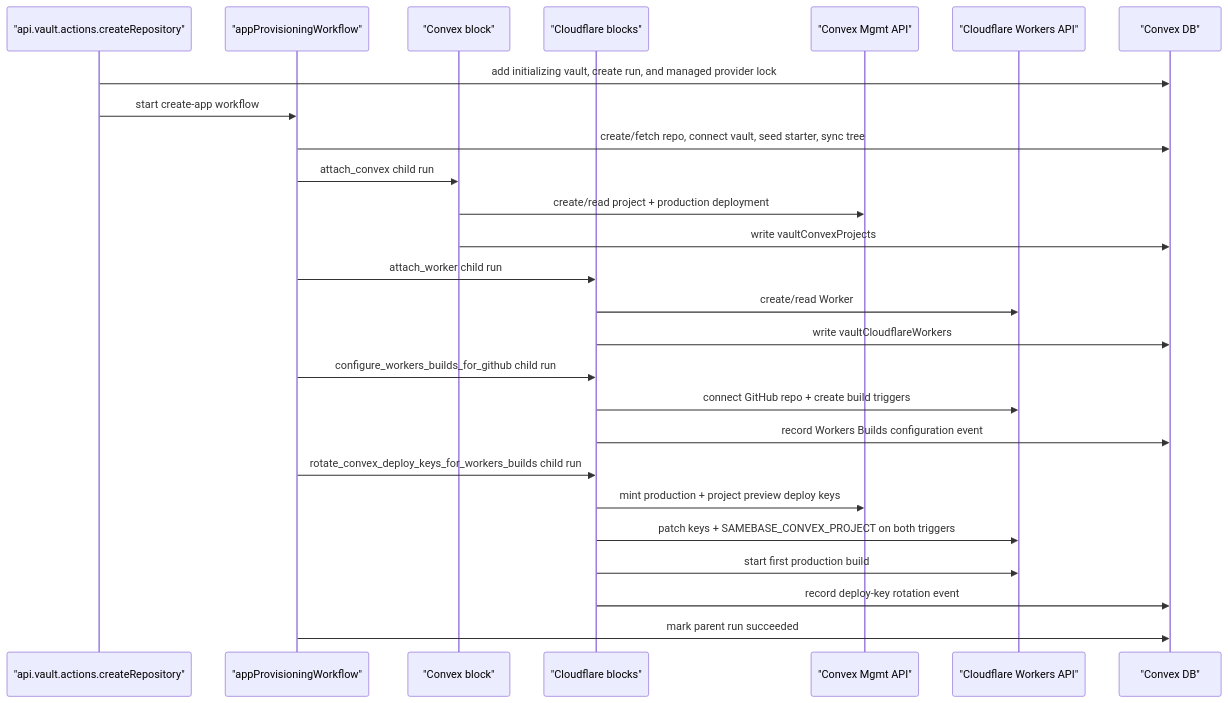
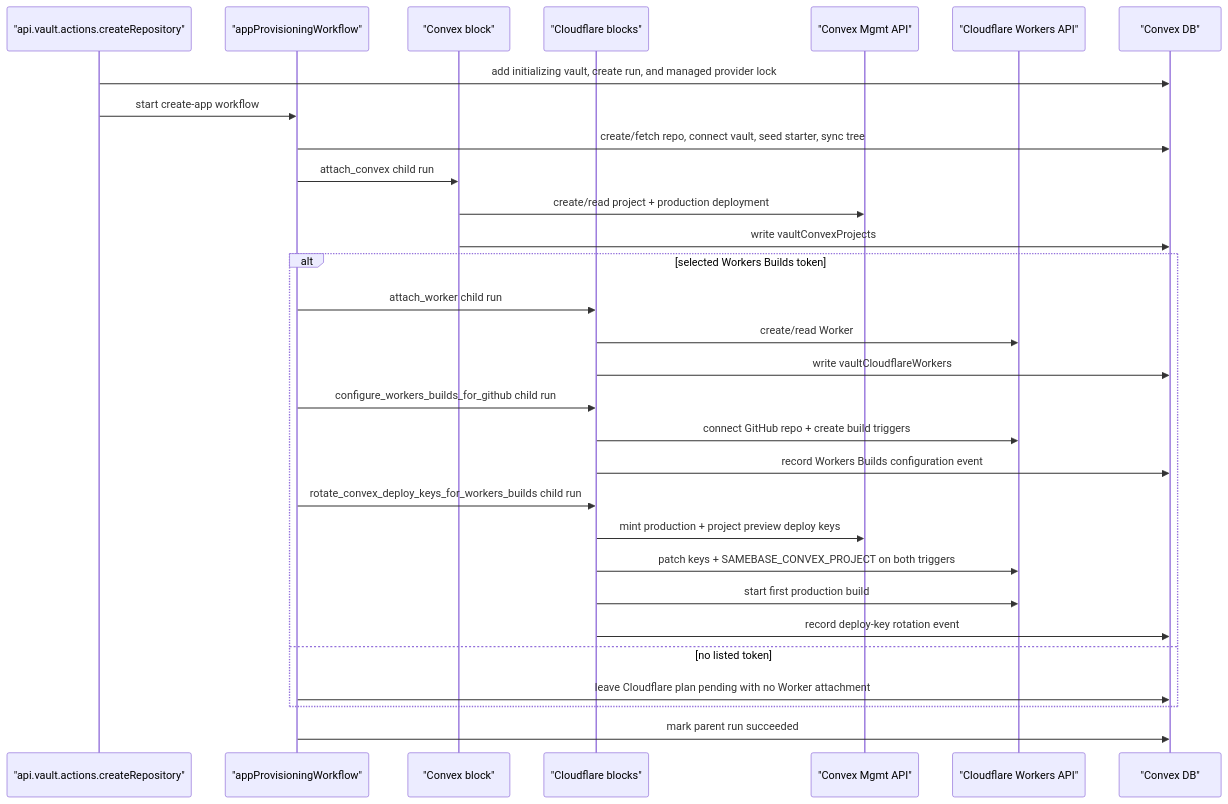
One commit to samebase/samebase changed the diagram in specs/003_VAULT_INFRA_PROVISIONING_SPEC.md. Above: the diagram before and after it, drawn with Mermaid. The commit also changed other lines of this file and 85 other files, not shown here.

First line of the commit message:
v1924: Let New App continue without a Builds token (#1476)

````diff
--- a/specs/003_VAULT_INFRA_PROVISIONING_SPEC.md
+++ b/specs/003_VAULT_INFRA_PROVISIONING_SPEC.md
@@ -391,29 +415,33 @@
 ```mermaid
 sequenceDiagram
   participant VA as "api.vault.actions.createRepository"
   participant WF as "appProvisioningWorkflow"
   participant CVXB as "Convex block"
   participant CFB as "Cloudflare blocks"
   participant CVX as "Convex Mgmt API"
   participant CFL as "Cloudflare Workers API"
   participant DB as "Convex DB"
 
   VA->>DB: add initializing vault, create run, and managed provider lock
   VA->>WF: start create-app workflow
   WF->>DB: create/fetch repo, connect vault, seed starter, sync tree
   WF->>CVXB: attach_convex child run
   CVXB->>CVX: create/read project + production deployment
   CVXB->>DB: write vaultConvexProjects
-  WF->>CFB: attach_worker child run
-  CFB->>CFL: create/read Worker
-  CFB->>DB: write vaultCloudflareWorkers
-  WF->>CFB: configure_workers_builds_for_github child run
-  CFB->>CFL: connect GitHub repo + create build triggers
-  CFB->>DB: record Workers Builds configuration event
-  WF->>CFB: rotate_convex_deploy_keys_for_workers_builds child run
-  CFB->>CVX: mint production + project preview deploy keys
-  CFB->>CFL: patch keys + SAMEBASE_CONVEX_PROJECT on both triggers
-  CFB->>CFL: start first production build
-  CFB->>DB: record deploy-key rotation event
+  alt selected Workers Builds token
+    WF->>CFB: attach_worker child run
+    CFB->>CFL: create/read Worker
+    CFB->>DB: write vaultCloudflareWorkers
+    WF->>CFB: configure_workers_builds_for_github child run
+    CFB->>CFL: connect GitHub repo + create build triggers
+    CFB->>DB: record Workers Builds configuration event
+    WF->>CFB: rotate_convex_deploy_keys_for_workers_builds child run
+    CFB->>CVX: mint production + project preview deploy keys
+    CFB->>CFL: patch keys + SAMEBASE_CONVEX_PROJECT on both triggers
+    CFB->>CFL: start first production build
+    CFB->>DB: record deploy-key rotation event
+  else no listed token
+    WF->>DB: leave Cloudflare plan pending with no Worker attachment
+  end
   WF->>DB: mark parent run succeeded
 ```
````
